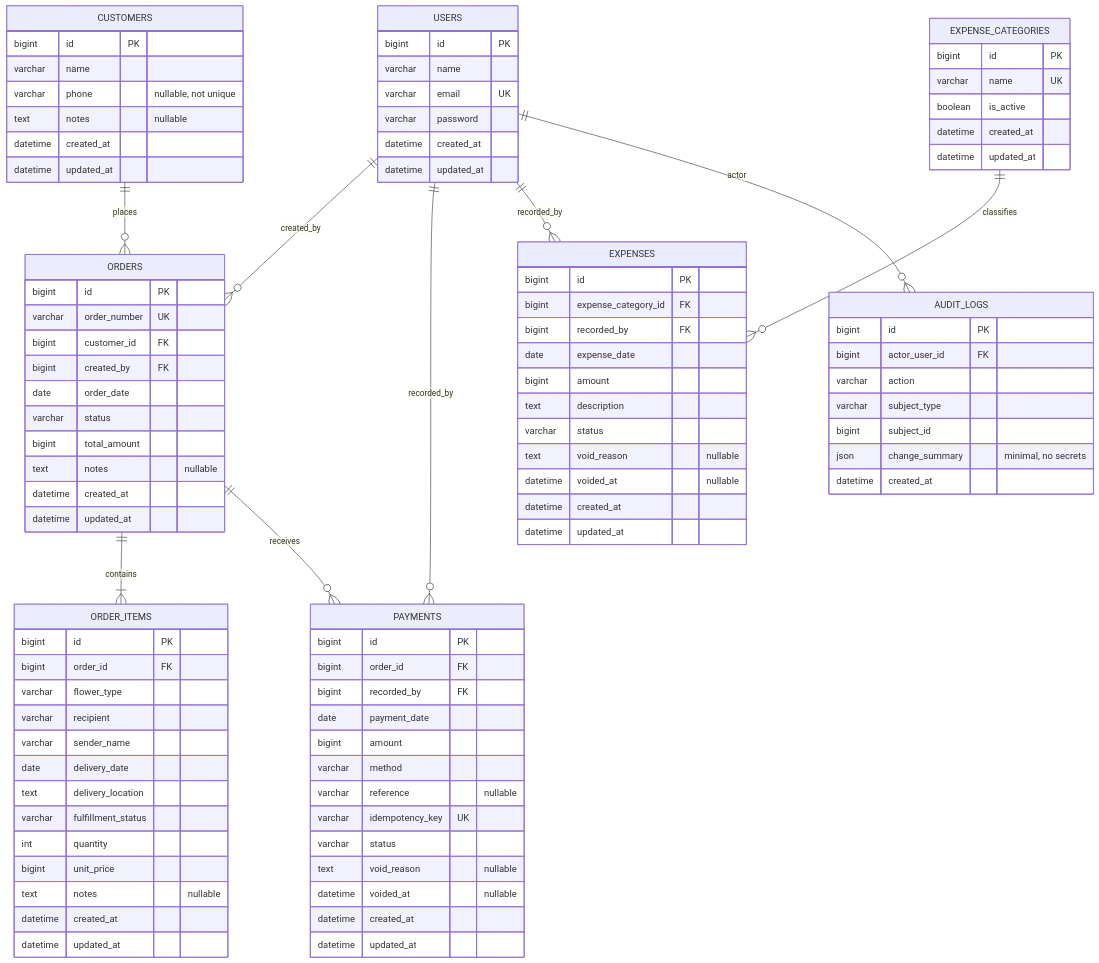
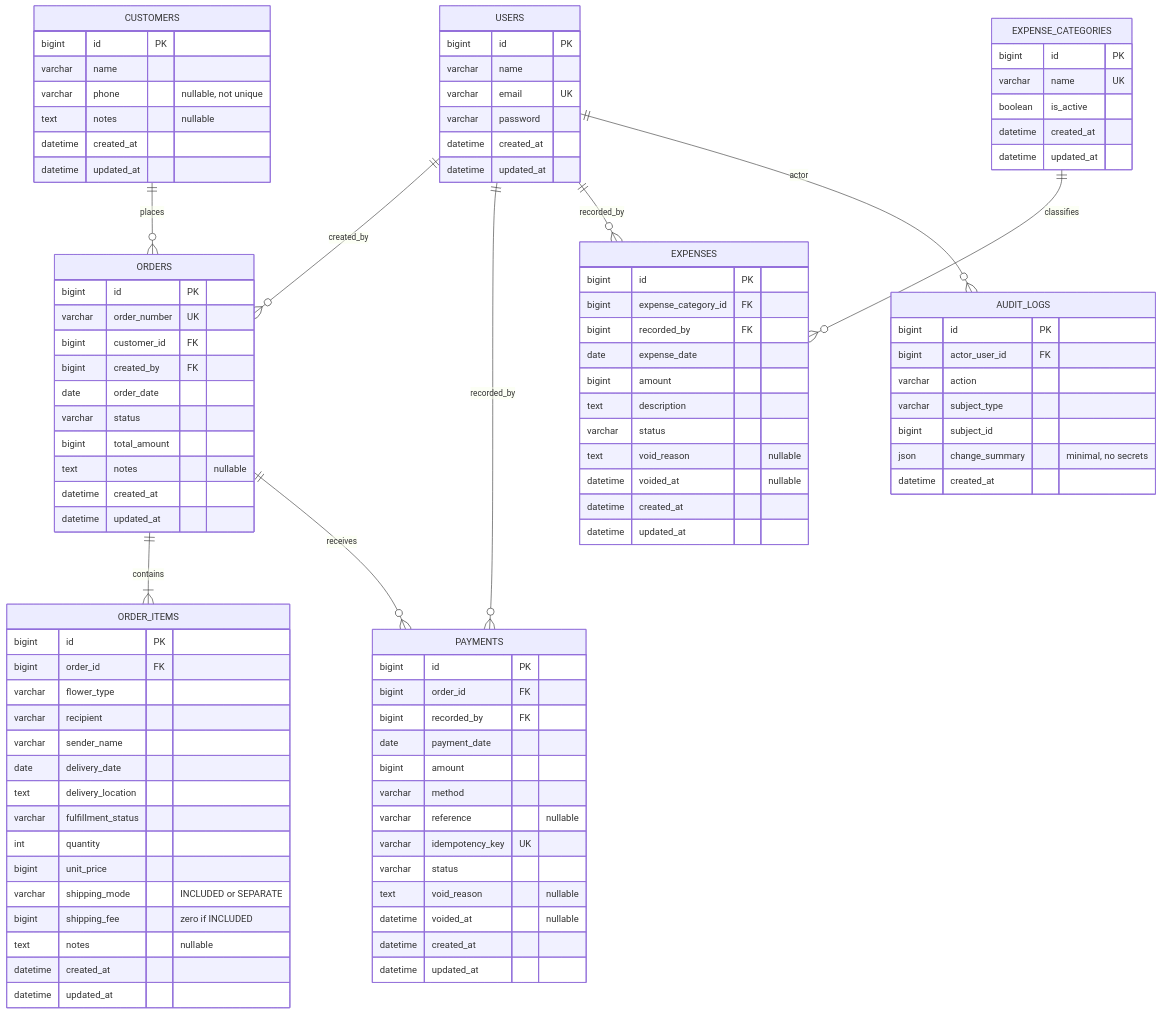
Before and after one commit to Vluuuu/Mutiara-Florist-Management-System: the diagram in docs/DATABASE.md, drawn with Mermaid. The commit also changed other lines of this file, not shown here.

Commit message:
docs: adopt per-item included/separate shipping fees in DATABASE.md

```diff
--- a/docs/DATABASE.md
+++ b/docs/DATABASE.md
@@ -65,6 +65,8 @@
     varchar fulfillment_status
     int quantity
     bigint unit_price
+    varchar shipping_mode "INCLUDED or SEPARATE"
+    bigint shipping_fee "zero if INCLUDED"
     text notes "nullable"
     datetime created_at
     datetime updated_at
```
